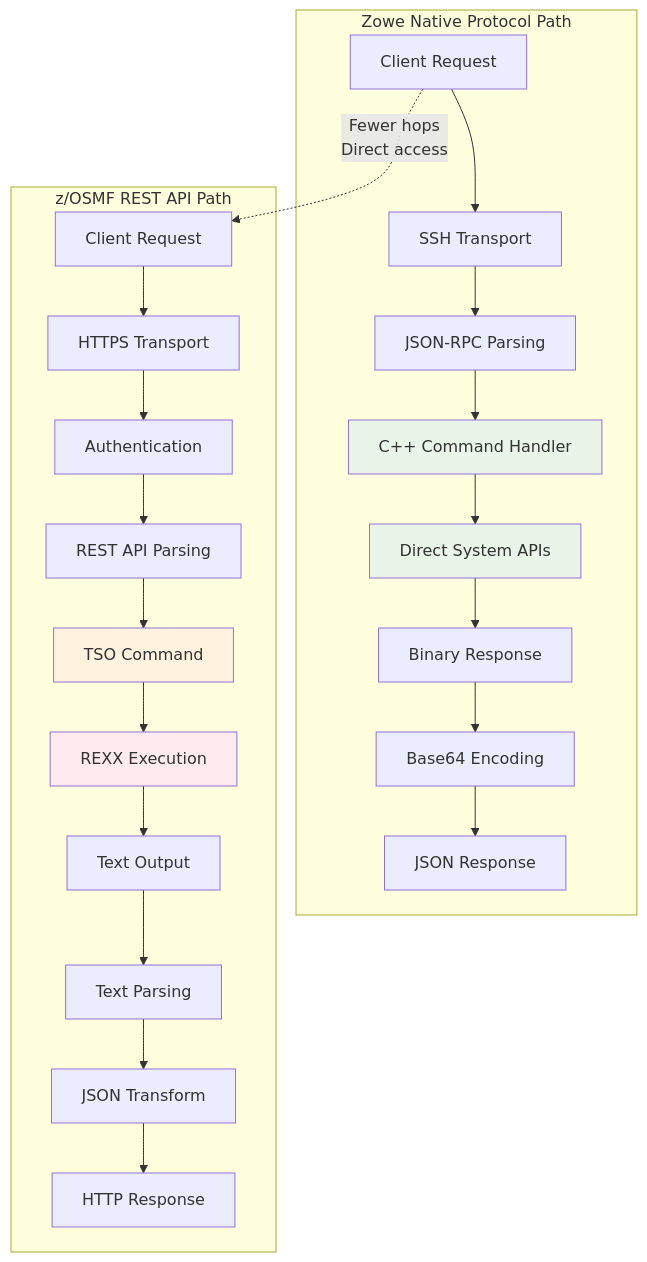
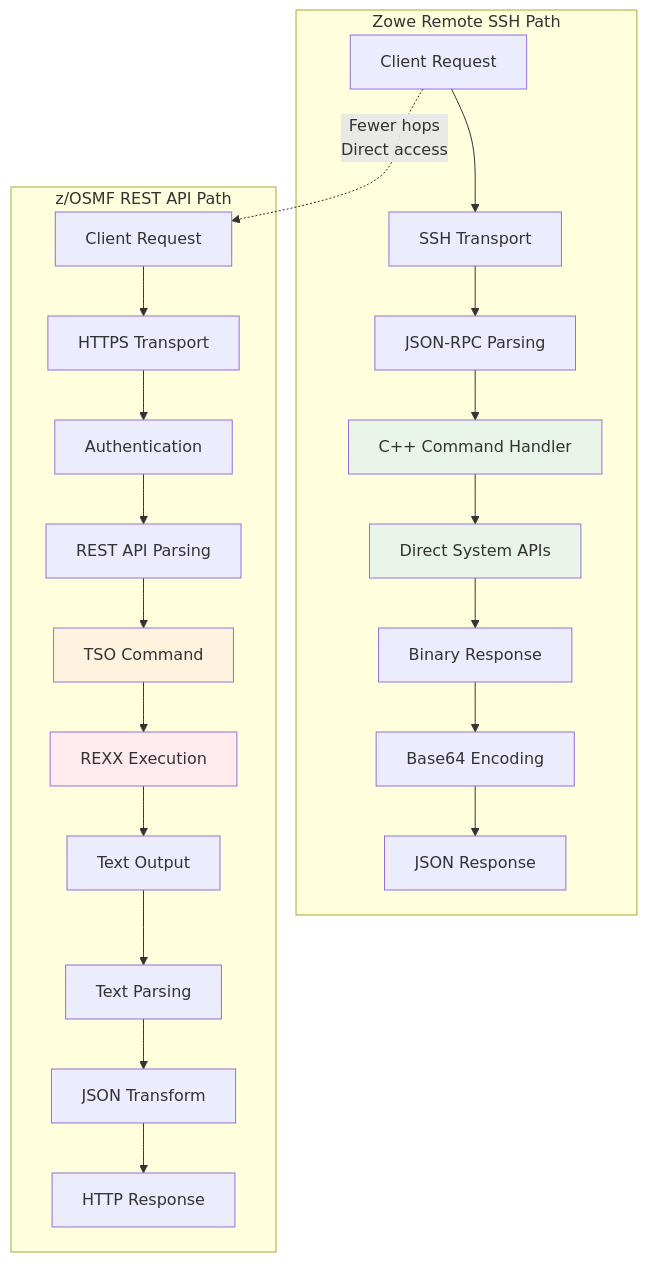
One commit to zowe/zowe-native-proto changed the ninth of 13 diagrams in doc/architecture-comparisons.md. Above: the diagram before and after it, drawn with Mermaid. The commit also changed other lines of this file and 103 other files, not shown here.

First line of the commit message:
chore: Rename "Zowe Native Proto" to "Zowe Remote SSH", "zowex" (#933)

````diff
--- a/doc/architecture-comparisons.md
+++ b/doc/architecture-comparisons.md
@@ -310,31 +310,31 @@
 ```mermaid
 flowchart TD
-    subgraph "Zowe Native Protocol Path"
+    subgraph "Zowe Remote SSH Path"
         ZNP_START["Client Request"] --> ZNP_SSH["SSH Transport"]
         ZNP_SSH --> ZNP_JSON["JSON-RPC Parsing"]
         ZNP_JSON --> ZNP_CPP["C++ Command Handler"]
         ZNP_CPP --> ZNP_SYSTEM["Direct System APIs"]
         ZNP_SYSTEM --> ZNP_RESPONSE["Binary Response"]
         ZNP_RESPONSE --> ZNP_ENCODE["Base64 Encoding"]
         ZNP_ENCODE --> ZNP_RETURN["JSON Response"]
     end
 
     subgraph "z/OSMF REST API Path"
         ZOSMF_START["Client Request"] --> ZOSMF_HTTP["HTTPS Transport"]
         ZOSMF_HTTP --> ZOSMF_AUTH["Authentication"]
         ZOSMF_AUTH --> ZOSMF_PARSE["REST API Parsing"]
         ZOSMF_PARSE --> ZOSMF_TSO["TSO Command"]
         ZOSMF_TSO --> ZOSMF_REXX["REXX Execution"]
         ZOSMF_REXX --> ZOSMF_TEXT["Text Output"]
         ZOSMF_TEXT --> ZOSMF_TRANSFORM["Text Parsing"]
         ZOSMF_TRANSFORM --> ZOSMF_JSON["JSON Transform"]
         ZOSMF_JSON --> ZOSMF_RETURN["HTTP Response"]
     end
 
     ZNP_START -.->|"Fewer hops<br/>Direct access"| ZOSMF_START
 
     style ZNP_CPP fill:#e8f5e8
     style ZNP_SYSTEM fill:#e8f5e8
     style ZOSMF_TSO fill:#fff3e0
     style ZOSMF_REXX fill:#ffebee
 ```
````
